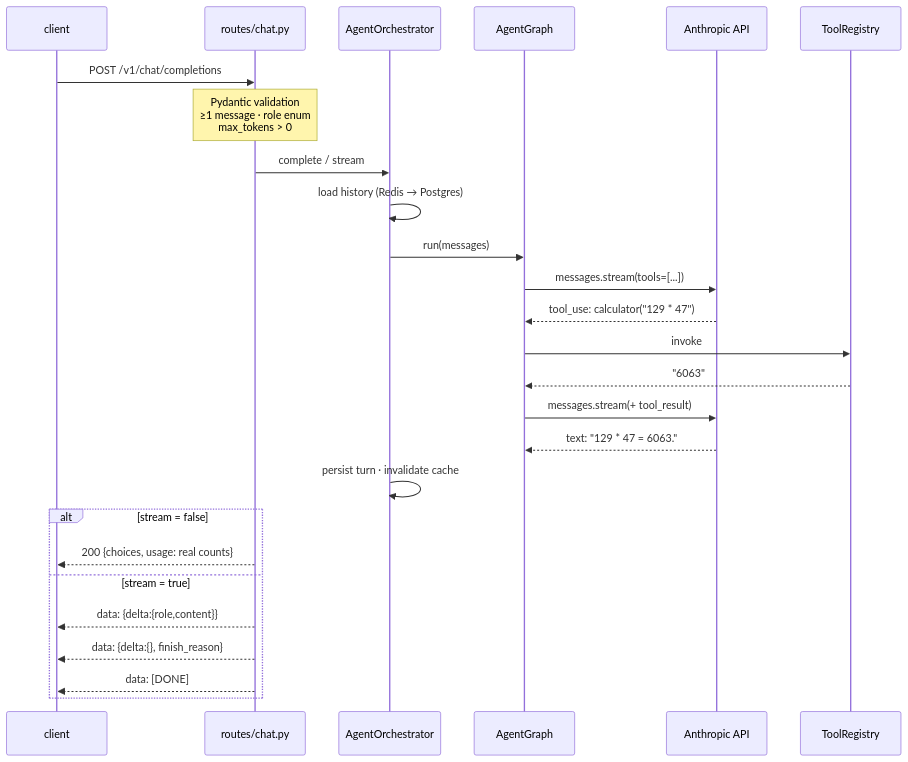
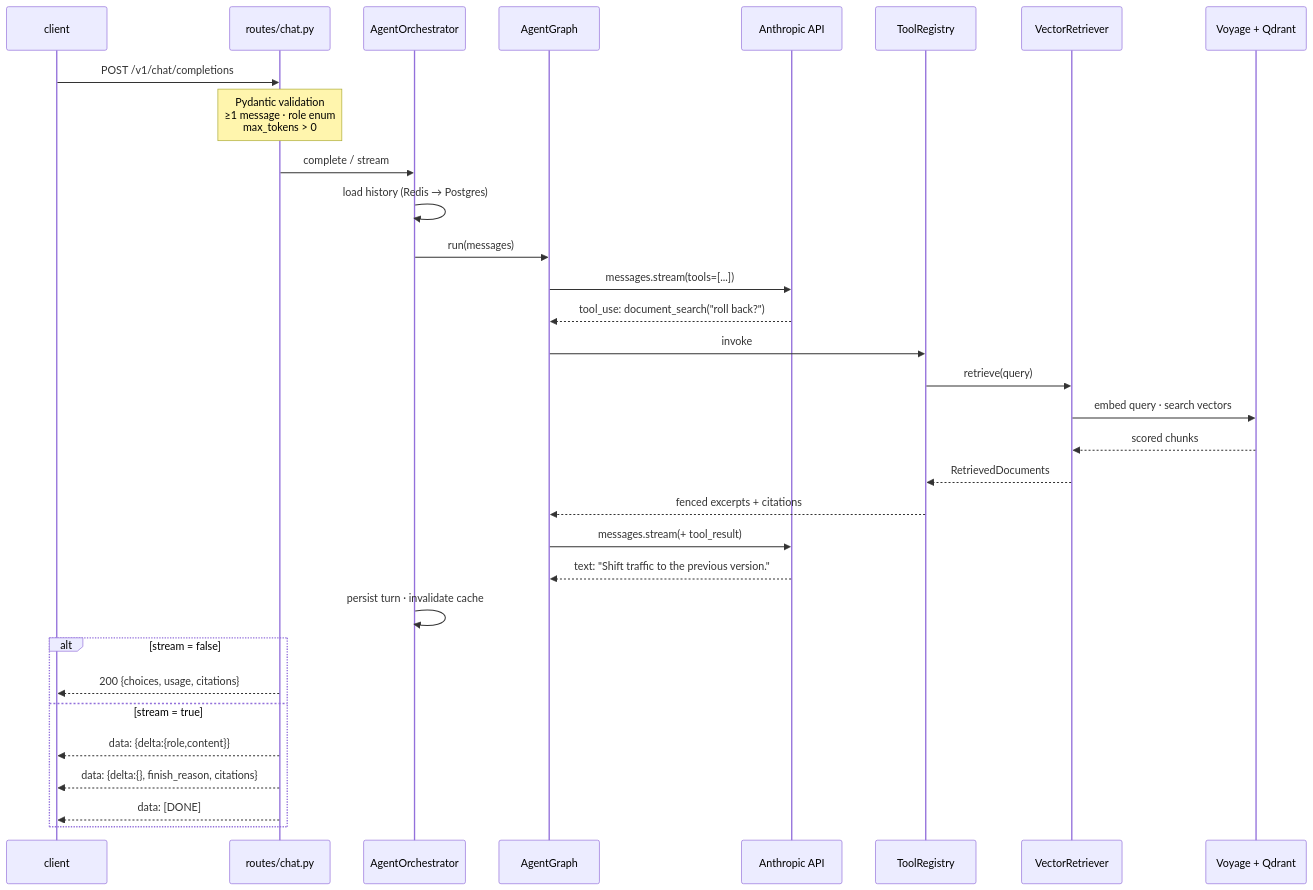
The fourth of 6 diagrams in docs/architecture.md (Zuleikha/production-llm-platform), drawn with Mermaid before and after one commit. The commit also changed other lines of this file and 54 other files, not shown here.

````diff
--- a/docs/architecture.md
+++ b/docs/architecture.md
@@ -177,33 +208,39 @@
 ```mermaid
 sequenceDiagram
     participant C as client
     participant R as routes/chat.py
     participant O as AgentOrchestrator
     participant G as AgentGraph
     participant A as Anthropic API
     participant T as ToolRegistry
+    participant V as VectorRetriever
+    participant Q as Voyage + Qdrant
 
     C->>R: POST /v1/chat/completions
     Note over R: Pydantic validation<br/>≥1 message · role enum<br/>max_tokens > 0
 
     R->>O: complete / stream
     O->>O: load history (Redis → Postgres)
 
     O->>G: run(messages)
     G->>A: messages.stream(tools=[...])
-    A-->>G: tool_use: calculator("129 * 47")
+    A-->>G: tool_use: document_search("roll back?")
     G->>T: invoke
-    T-->>G: "6063"
+    T->>V: retrieve(query)
+    V->>Q: embed query · search vectors
+    Q-->>V: scored chunks
+    V-->>T: RetrievedDocuments
+    T-->>G: fenced excerpts + citations
     G->>A: messages.stream(+ tool_result)
-    A-->>G: text: "129 * 47 = 6063."
+    A-->>G: text: "Shift traffic to the previous version."
 
     O->>O: persist turn · invalidate cache
 
     alt stream = false
-        R-->>C: 200 {choices, usage: real counts}
+        R-->>C: 200 {choices, usage, citations}
     else stream = true
         R-->>C: data: {delta:{role,content}}
-        R-->>C: data: {delta:{}, finish_reason}
+        R-->>C: data: {delta:{}, finish_reason, citations}
         R-->>C: data: [DONE]
     end
 ```
````
